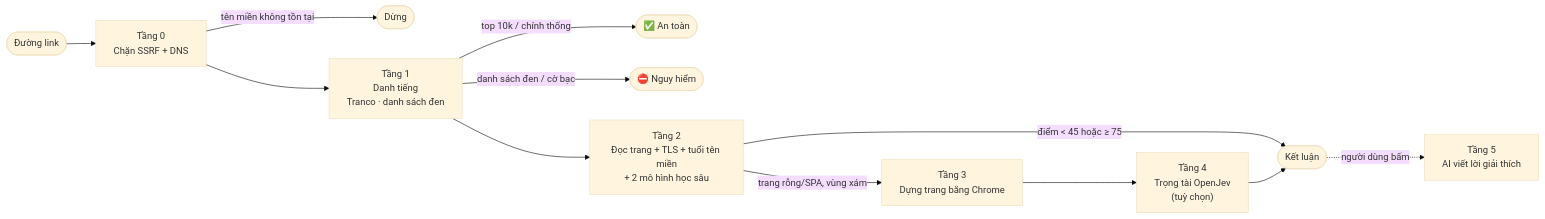
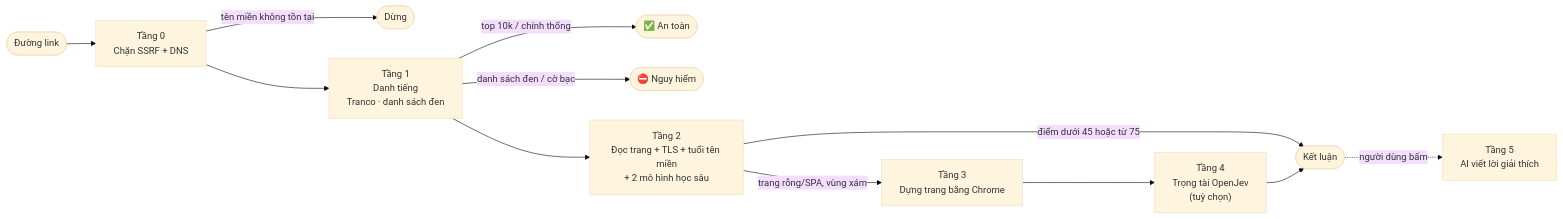
Before and after one commit to Zzeronite1/VerityTrust-XAI-Website: the diagram in README.md, drawn with Mermaid (base theme). The commit also changed 1 other file, not shown here.

Commit message:
docs: avoid HTML entities in Mermaid edge labels

````diff
--- a/README.md
+++ b/README.md
@@ -66,14 +66,14 @@
 ```mermaid
 flowchart LR
     A([Đường link]) --> T0["Tầng 0<br/>Chặn SSRF + DNS"]
     T0 -->|tên miền không tồn tại| X0([Dừng])
     T0 --> T1["Tầng 1<br/>Danh tiếng<br/>Tranco · danh sách đen"]
     T1 -->|top 10k / chính thống| S([✅ An toàn])
     T1 -->|danh sách đen / cờ bạc| D([⛔ Nguy hiểm])
     T1 --> T2["Tầng 2<br/>Đọc trang + TLS + tuổi tên miền<br/>+ 2 mô hình học sâu"]
-    T2 -->|điểm &lt; 45 hoặc ≥ 75| R([Kết luận])
+    T2 -->|điểm dưới 45 hoặc từ 75| R([Kết luận])
     T2 -->|trang rỗng/SPA, vùng xám| T3["Tầng 3<br/>Dựng trang bằng Chrome"]
     T3 --> T4["Tầng 4<br/>Trọng tài OpenJev<br/>(tuỳ chọn)"]
     T4 --> R
     R -.->|người dùng bấm| T5["Tầng 5<br/>AI viết lời giải thích"]
 ```
````
